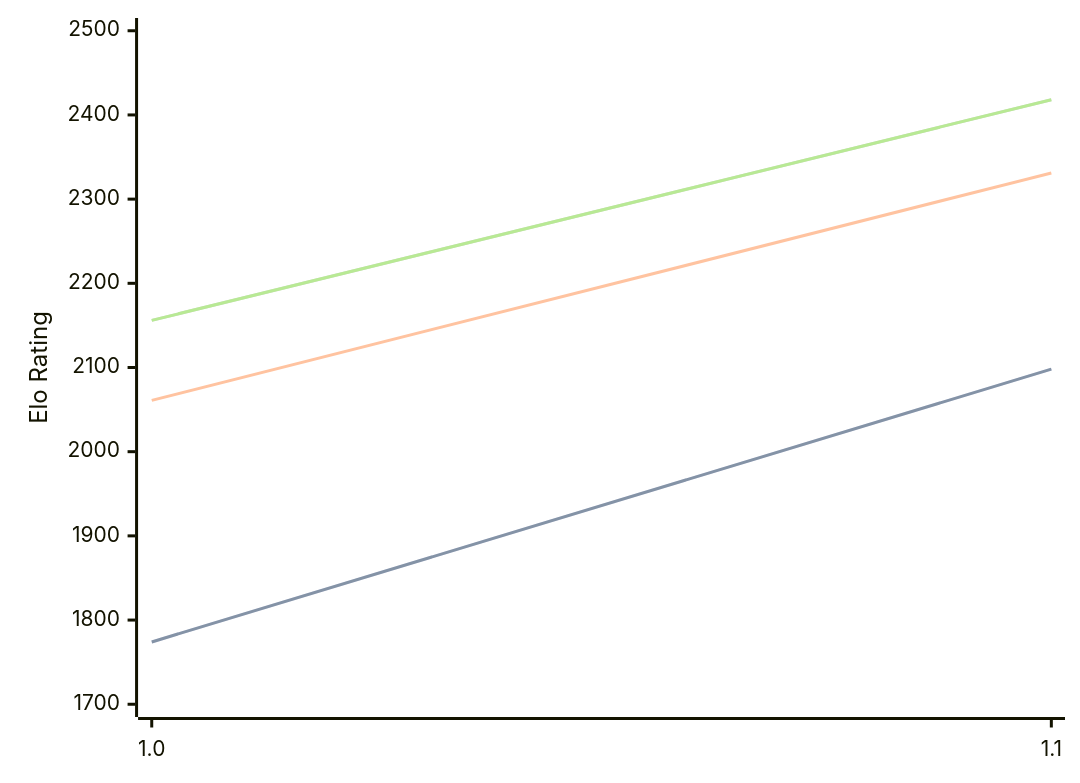
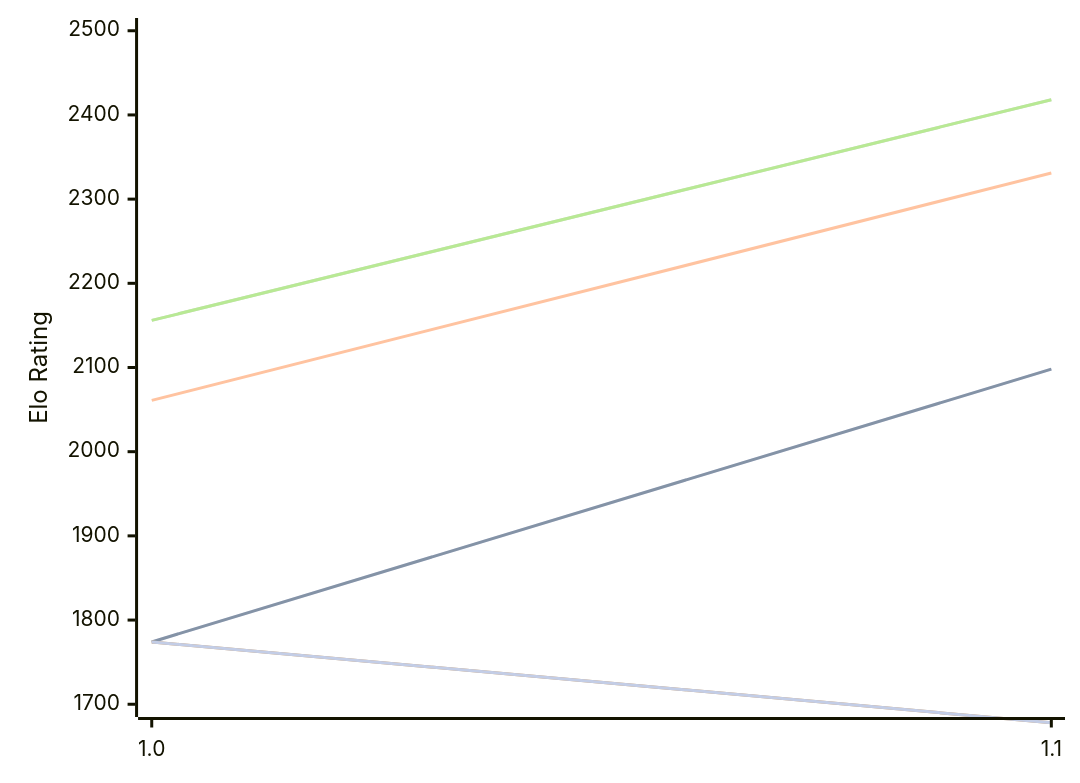
Before and after one commit to computer-chess-index/cci: the diagram in engines/Echekinator.md, drawn with Mermaid. The commit also changed other lines of this file, not shown here.

Commit message:
Update CCI Ratings (ELO VLTC) - 2026-10-11

````diff
--- a/engines/Echekinator.md
+++ b/engines/Echekinator.md
@@ -48,16 +48,13 @@
 ```mermaid
 %%{init: {"theme":"base","themeVariables":{"seriesColors:['#a3a3a3','#222221','#faa371']}}}%%
 xychart-beta
   x-axis ["1.0", "1.1"]
   y-axis "Elo Rating" 1700 --> 2500
   line "" [1774, 2098]
   line "T1: STC (8.0+0.08s)" [1774, 2098]
   line "T1: LTC (60.0+0.60s)" [2061, 2331]
   line "" [2156, 2418]
   line "T1: VLTC (2m24s+1.12s)" [2156, 2418]
-  line "" [1670]
-  line "E1: STC (8.0+0.08s)" [1670]
-  line "E1: LTC (60.0+0.60s)" [1948]
-  line "" [1983]
-  line "E1: VLTC (2m24s+1.12s)" [1983]
+  line "" [1774,1678]
+  line "E1: STC (8.0+0.08s)" [1774,1678]
 ```
````
